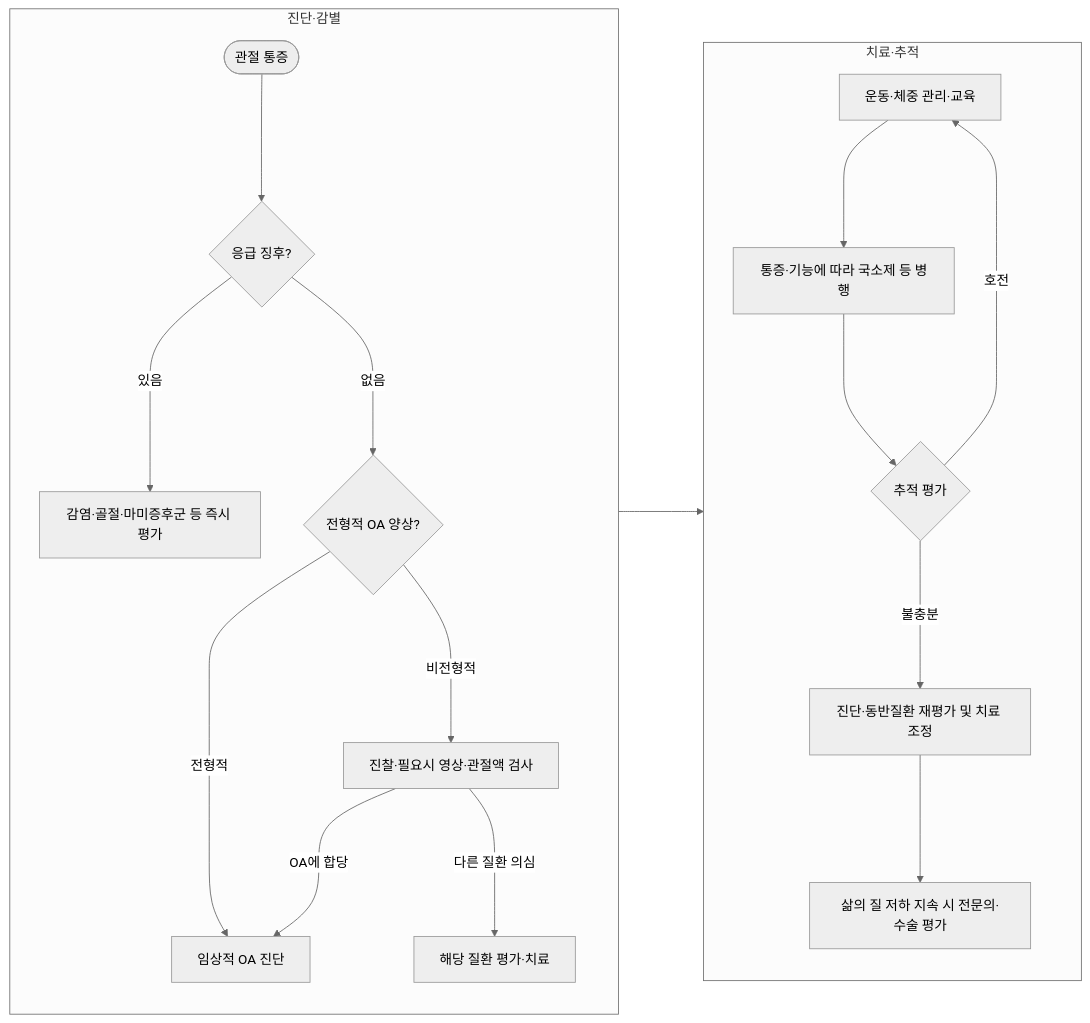
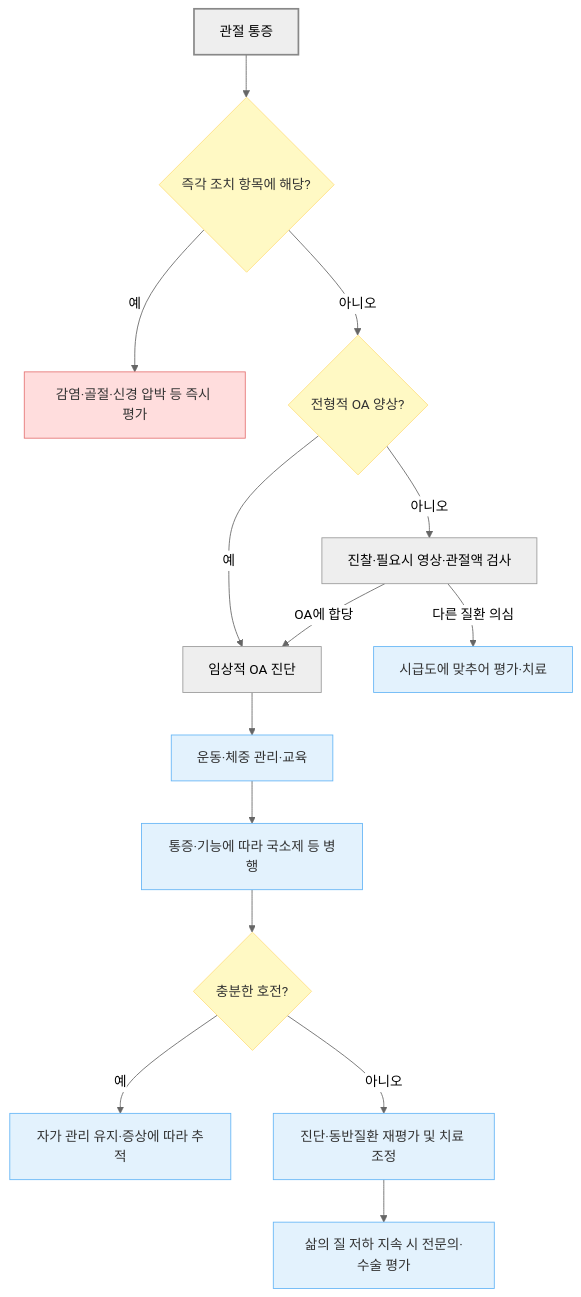
Before and after one commit to familyoh77/familyoh77: the diagram in 228_/135_-osteoarthritis-oa.md, drawn with Mermaid (neutral theme). The commit also changed other lines of this file and 4 other files, not shown here.

````diff
--- a/228_/135_-osteoarthritis-oa.md
+++ b/228_/135_-osteoarthritis-oa.md
@@ -156,22 +156,23 @@
 ```mermaid
-graph LR
-    subgraph S1["진단·감별"]
-        direction TB
-        A([관절 통증]) ---> B{"응급 징후?"}
-        B -- 있음 ---> C["감염·골절·마미증후군 등 즉시 평가"]
-        B -- 없음 ---> D{"전형적 OA 양상?"}
-        D -- 전형적 ---> E["임상적 OA 진단"]
-        D -- 비전형적 ---> F["진찰·필요시 영상·관절액 검사"]
-        F -- OA에 합당 ---> E
-        F -- 다른 질환 의심 ---> G["해당 질환 평가·치료"]
-    end
-    subgraph S2["치료·추적"]
-        direction TB
-        H["운동·체중 관리·교육"] ---> I["통증·기능에 따라 국소제 등 병행"]
-        I ---> J{"추적 평가"}
-        J -- 호전 ---> H
-        J -- 불충분 ---> K["진단·동반질환 재평가 및 치료 조정"]
-        K ---> L["삶의 질 저하 지속 시 전문의·수술 평가"]
-    end
-    E ---> H
+flowchart TD
+    A["관절 통증"] --> B{"즉각 조치 항목에 해당?"}
+    B -- "예" --> C["감염·골절·신경 압박 등 즉시 평가"]
+    B -- "아니오" --> D{"전형적 OA 양상?"}
+    D -- "예" --> E["임상적 OA 진단"]
+    D -- "아니오" --> F["진찰·필요시 영상·관절액 검사"]
+    F -- "OA에 합당" --> E
+    F -- "다른 질환 의심" --> G["시급도에 맞추어 평가·치료"]
+    E --> H["운동·체중 관리·교육"]
+    H --> I["통증·기능에 따라 국소제 등 병행"]
+    I --> J{"충분한 호전?"}
+    J -- "예" --> M["자가 관리 유지·증상에 따라 추적"]
+    J -- "아니오" --> K["진단·동반질환 재평가 및 치료 조정"]
+    K --> L["삶의 질 저하 지속 시 전문의·수술 평가"]
+    classDef question fill:#fff9c4,stroke:#ffe082,color:#333333;
+    classDef danger fill:#ffdddd,stroke:#e57373,color:#333333;
+    classDef treatment fill:#e3f2fd,stroke:#64b5f6,color:#333333;
+    class B,D,J question;
+    class C danger;
+    class G,H,I,K,L,M treatment;
+    style A fill:#eeeeee,stroke:#888888,stroke-width:2px;
 ```
````
